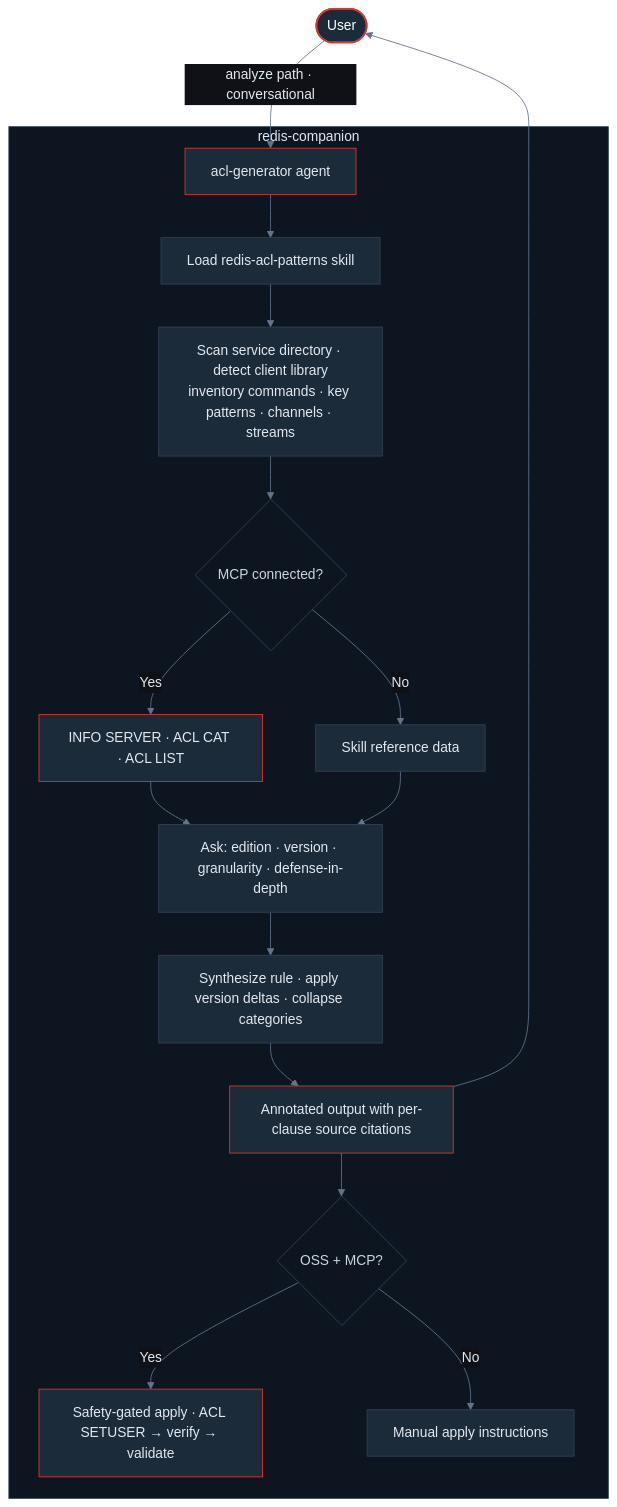
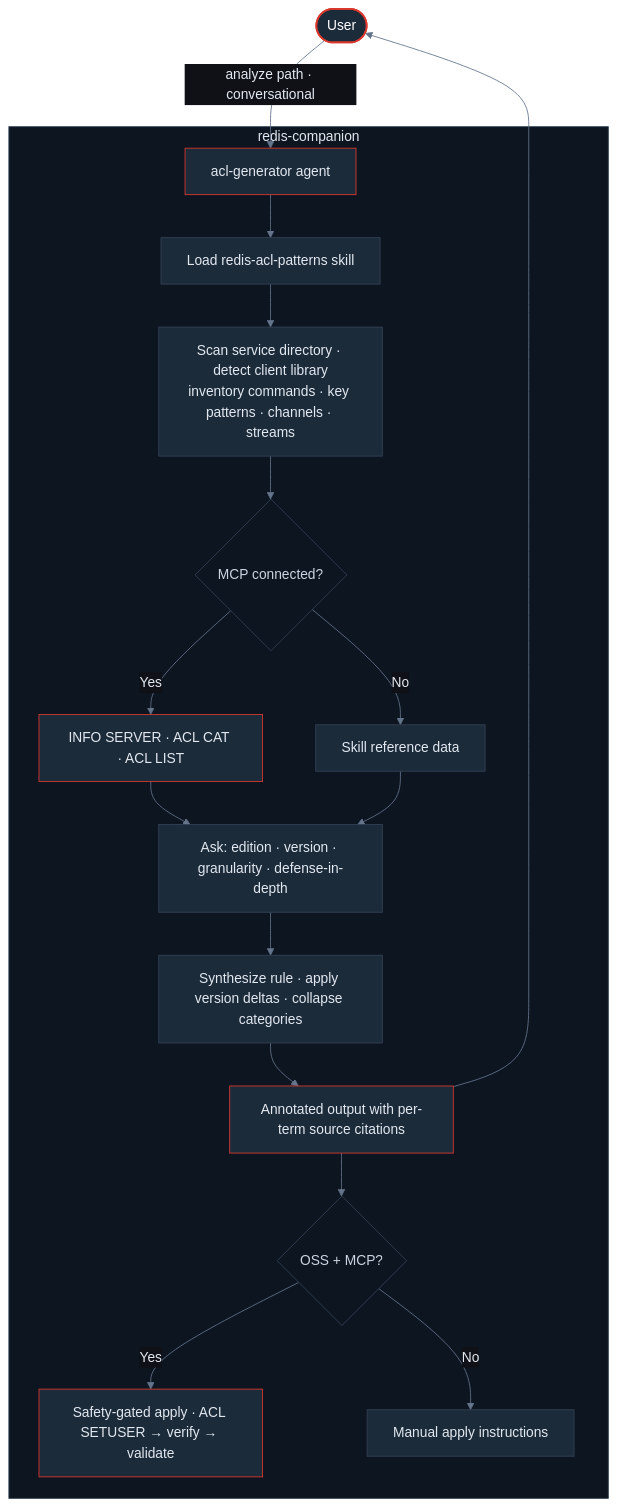
One commit to mjtrapani/redis-companion changed the diagram in README.md. Above: the diagram before and after it, drawn with Mermaid. The commit also changed other lines of this file and 4 other files, not shown here.

Commit message:
refactor: per-clause → per-term throughout (correct Redis ACL terminology)

````diff
--- a/README.md
+++ b/README.md
@@ -114,28 +114,28 @@
 ```mermaid
 %%{init: {'theme': 'base', 'themeVariables': {'background': '#0f1117', 'primaryColor': '#1c2b3a', 'primaryTextColor': '#e2e8f0', 'primaryBorderColor': '#334155', 'lineColor': '#64748b', 'secondaryColor': '#1c2b3a', 'tertiaryColor': '#0d1520', 'clusterBkg': '#0d1520', 'clusterBorder': '#2d3f50', 'titleColor': '#e2e8f0', 'edgeLabelBackground': '#0f1117'}}}%%
 flowchart TD
     classDef entry  fill:#1c2b3a,stroke:#DC382D,stroke-width:2px,color:#fff
     classDef red    fill:#1c2b3a,stroke:#DC382D,stroke-width:1px,color:#e2e8f0
     classDef node   fill:#1c2b3a,stroke:#334155,color:#e2e8f0
     classDef gate   fill:#0d1520,stroke:#334155,color:#cbd5e1
 
     U([User]):::entry -->|"analyze path · conversational"| A
 
     subgraph P["redis-companion"]
         A[acl-generator agent]:::red
         A --> B[Load redis-acl-patterns skill]:::node
         B --> C["Scan service directory · detect client library\ninventory commands · key patterns · channels · streams"]:::node
         C --> D{MCP connected?}:::gate
         D -->|Yes| E["INFO SERVER · ACL CAT · ACL LIST"]:::red
         D -->|No| F[Skill reference data]:::node
         E --> G["Ask: edition · version · granularity · defense-in-depth"]:::node
         F --> G
         G --> H["Synthesize rule · apply version deltas · collapse categories"]:::node
-        H --> I[Annotated output with per-clause source citations]:::red
+        H --> I[Annotated output with per-term source citations]:::red
         I --> J{OSS + MCP?}:::gate
         J -->|Yes| K["Safety-gated apply · ACL SETUSER → verify → validate"]:::red
         J -->|No| L[Manual apply instructions]:::node
     end
 
     I --> U
 ```
````
